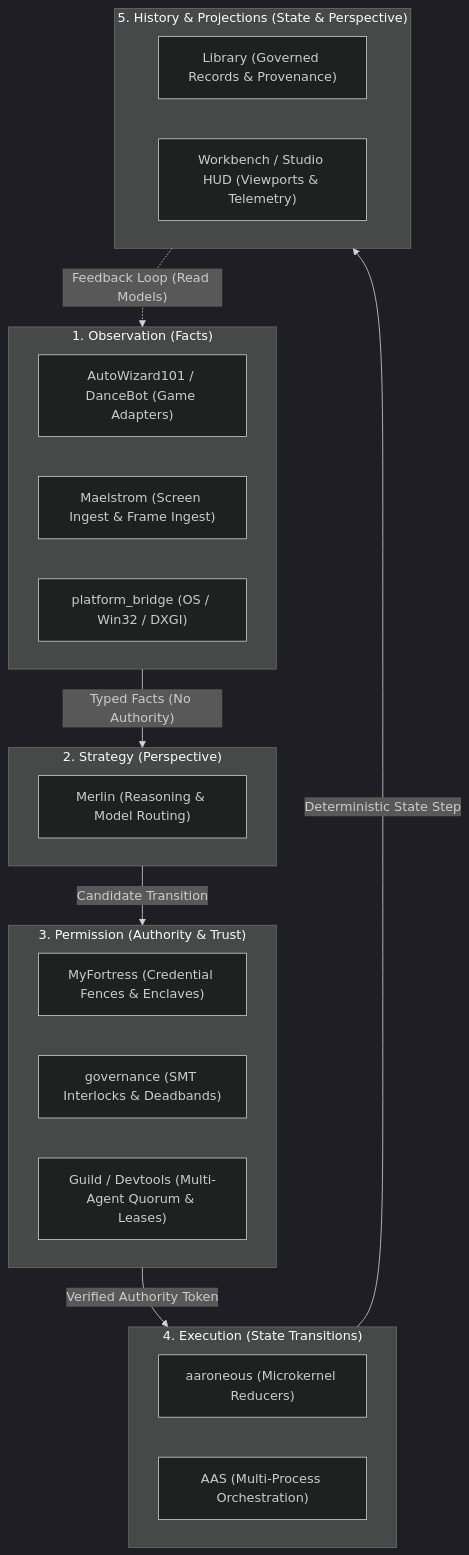
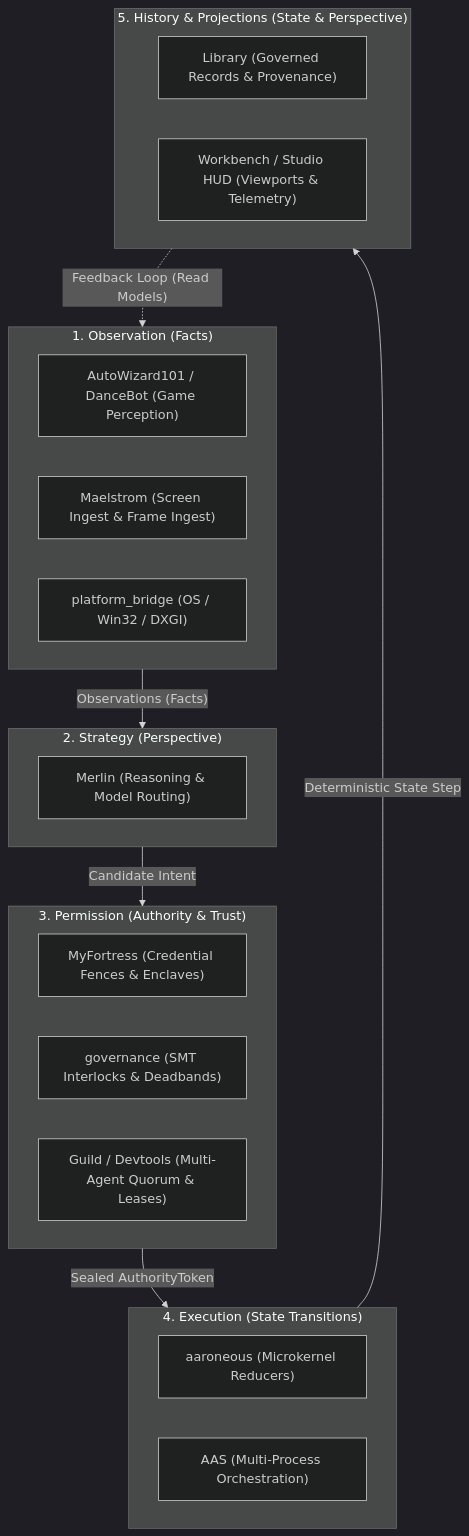
The diagram in docs/ONTOLOGY_MAXIMIZATION_AUDIT.md (Aarogaming/aaroneous), drawn with Mermaid (dark theme) before and after one commit. The commit also changed other lines of this file, not shown here.

Commit message:
docs(ontology): address Claude review findings on census, authority, and separation

````diff
--- a/docs/ONTOLOGY_MAXIMIZATION_AUDIT.md
+++ b/docs/ONTOLOGY_MAXIMIZATION_AUDIT.md
@@ -83,34 +83,34 @@
 ```mermaid
 flowchart TD
     subgraph SENSORS ["1. Observation (Facts)"]
-        W101["AutoWizard101 / DanceBot (Game Adapters)"]
+        W101["AutoWizard101 / DanceBot (Game Perception)"]
         MAEL["Maelstrom (Screen Ingest & Frame Ingest)"]
         PLAT["platform_bridge (OS / Win32 / DXGI)"]
     end
 
     subgraph PROPOSERS ["2. Strategy (Perspective)"]
         MERLIN["Merlin (Reasoning & Model Routing)"]
     end
 
     subgraph GOVERNANCE ["3. Permission (Authority & Trust)"]
         FORT["MyFortress (Credential Fences & Enclaves)"]
         GOV["governance (SMT Interlocks & Deadbands)"]
         GUILD["Guild / Devtools (Multi-Agent Quorum & Leases)"]
     end
 
     subgraph EXECUTORS ["4. Execution (State Transitions)"]
         CORE["aaroneous (Microkernel Reducers)"]
         AAS["AAS (Multi-Process Orchestration)"]
     end
 
     subgraph MEMORY ["5. History & Projections (State & Perspective)"]
         LIB["Library (Governed Records & Provenance)"]
         BENCH["Workbench / Studio HUD (Viewports & Telemetry)"]
     end
 
-    SENSORS -- "Typed Facts (No Authority)" --> PROPOSERS
-    PROPOSERS -- "Candidate Transition" --> GOVERNANCE
-    GOVERNANCE -- "Verified Authority Token" --> EXECUTORS
+    SENSORS -- "Observations (Facts)" --> PROPOSERS
+    PROPOSERS -- "Candidate Intent" --> GOVERNANCE
+    GOVERNANCE -- "Sealed AuthorityToken" --> EXECUTORS
     EXECUTORS -- "Deterministic State Step" --> MEMORY
     MEMORY -. "Feedback Loop (Read Models)" .-> SENSORS
 ```
````
